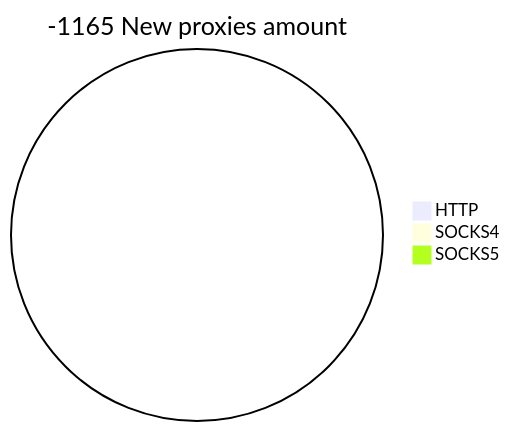
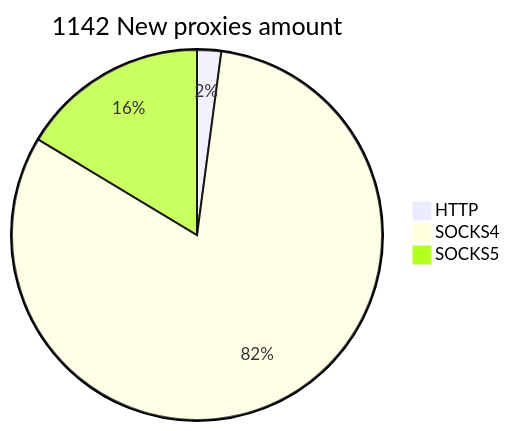
The second of 2 diagrams in README.md (cutipu/proxylist), drawn with Mermaid before and after one commit. The commit also changed other lines of this file, not shown here.

````diff
--- a/README.md
+++ b/README.md
@@ -10,6 +10,6 @@
 ```mermaid
-pie title -1165 New proxies amount
-    "HTTP" : 0
-    "SOCKS4" : 0
-    "SOCKS5" : 0
+pie title 1142 New proxies amount
+    "HTTP" : 24
+    "SOCKS4" : 931
+    "SOCKS5" : 187
 ```
````
